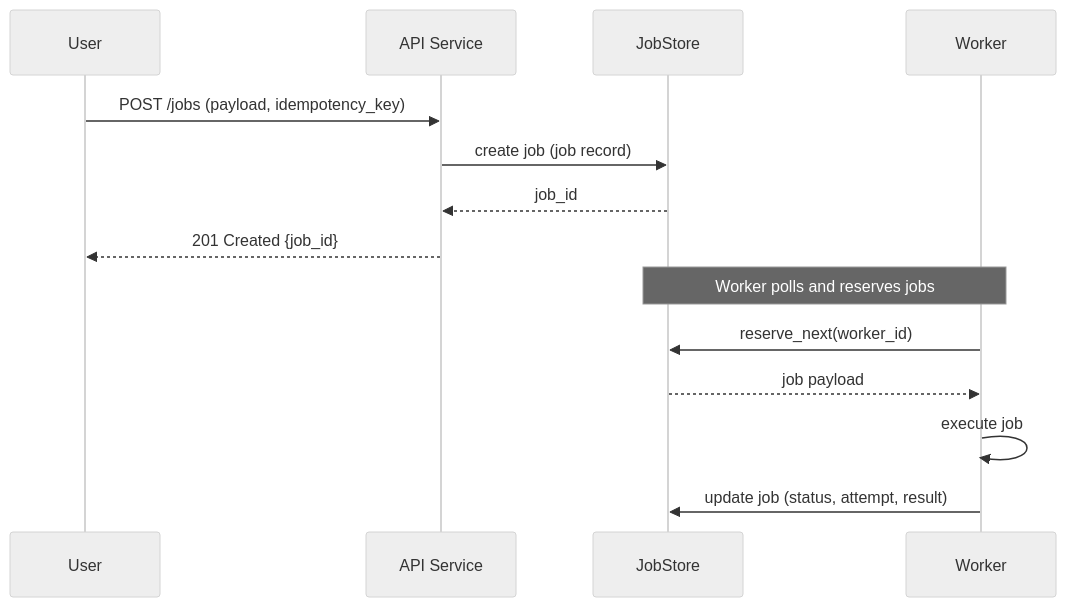
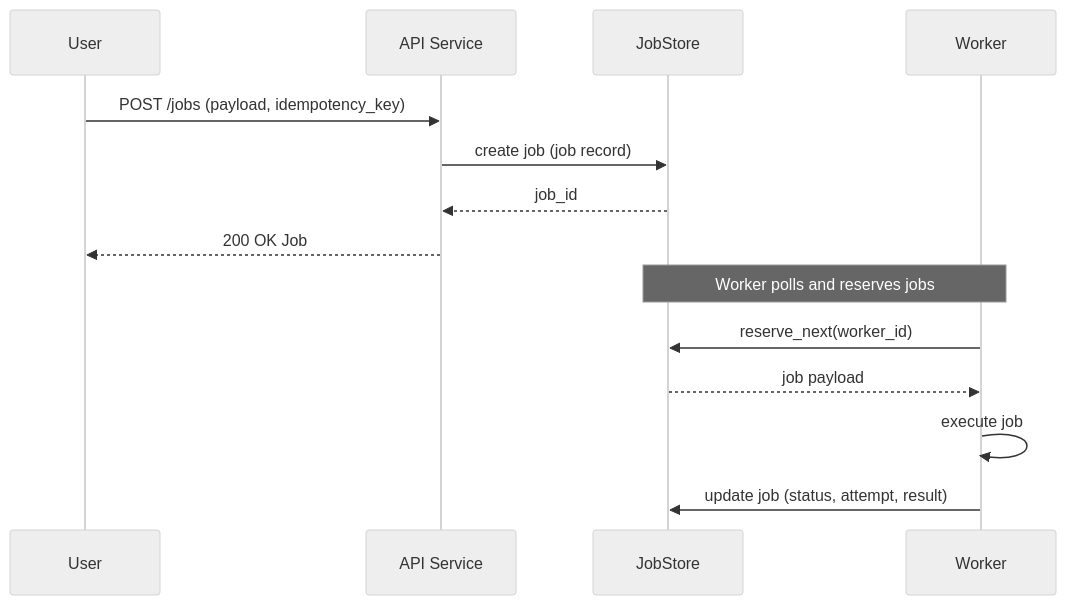
Before and after one commit to Jeferson681/JobManage: the second of 2 diagrams in docs/diagrams/03_uml_templates.md, drawn with Mermaid (neutral theme). The commit also changed 14 other files, not shown here.

````diff
--- a/docs/diagrams/03_uml_templates.md
+++ b/docs/diagrams/03_uml_templates.md
@@ -33,19 +33,19 @@
 ```mermaid
 sequenceDiagram
     participant U as User
     participant API as API Service
     participant DB as JobStore
     participant W as Worker
 
     U->>API: POST /jobs (payload, idempotency_key)
     API->>DB: create job (job record)
     DB-->>API: job_id
-    API-->>U: 201 Created {job_id}
+    API-->>U: 200 OK Job
 
     Note over DB,W: Worker polls and reserves jobs
     W->>DB: reserve_next(worker_id)
     DB-->>W: job payload
     W->>W: execute job
     W->>DB: update job (status, attempt, result)
 
 ```
````
